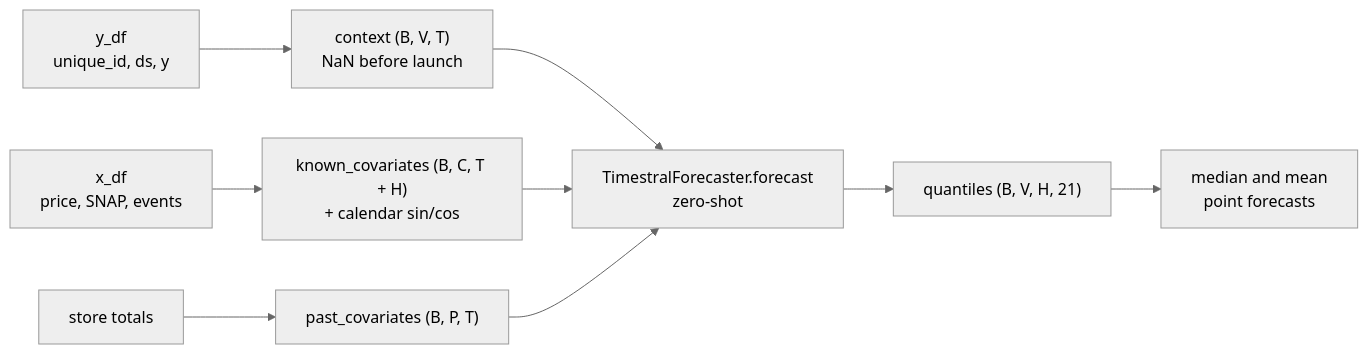
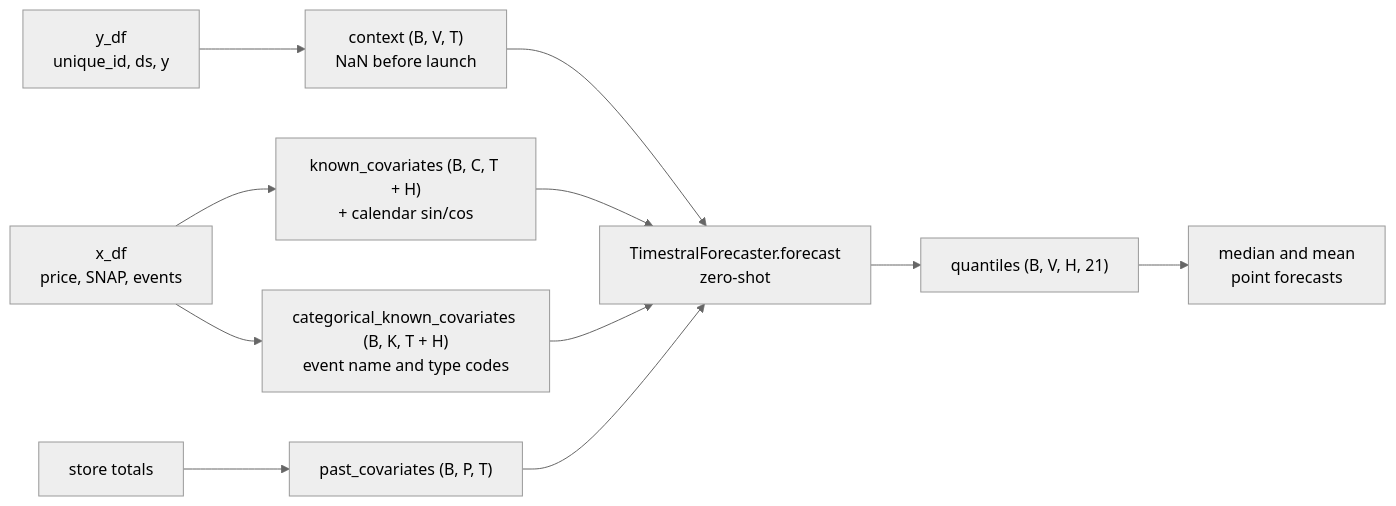
One commit to skateddu/timestral-forecast changed the first of 2 diagrams in README.md. Above: the diagram before and after it, drawn with Mermaid (neutral theme). The commit also changed other lines of this file and 18 other files, not shown here.

````diff
--- a/README.md
+++ b/README.md
@@ -88,9 +104,10 @@
 ```mermaid
 flowchart LR
     Y["y_df<br/>unique_id, ds, y"] --> C["context (B, V, T)<br/>NaN before launch"]
     X["x_df<br/>price, SNAP, events"] --> K["known_covariates (B, C, T + H)<br/>+ calendar sin/cos"]
+    X --> CK["categorical_known_covariates (B, K, T + H)<br/>event name and type codes"]
     S["store totals"] --> P["past_covariates (B, P, T)"]
-    C & K & P --> M["TimestralForecaster.forecast<br/>zero-shot"]
+    C & K & CK & P --> M["TimestralForecaster.forecast<br/>zero-shot"]
     M --> Q["quantiles (B, V, H, 21)"]
     Q --> F["median and mean<br/>point forecasts"]
 ```
````
